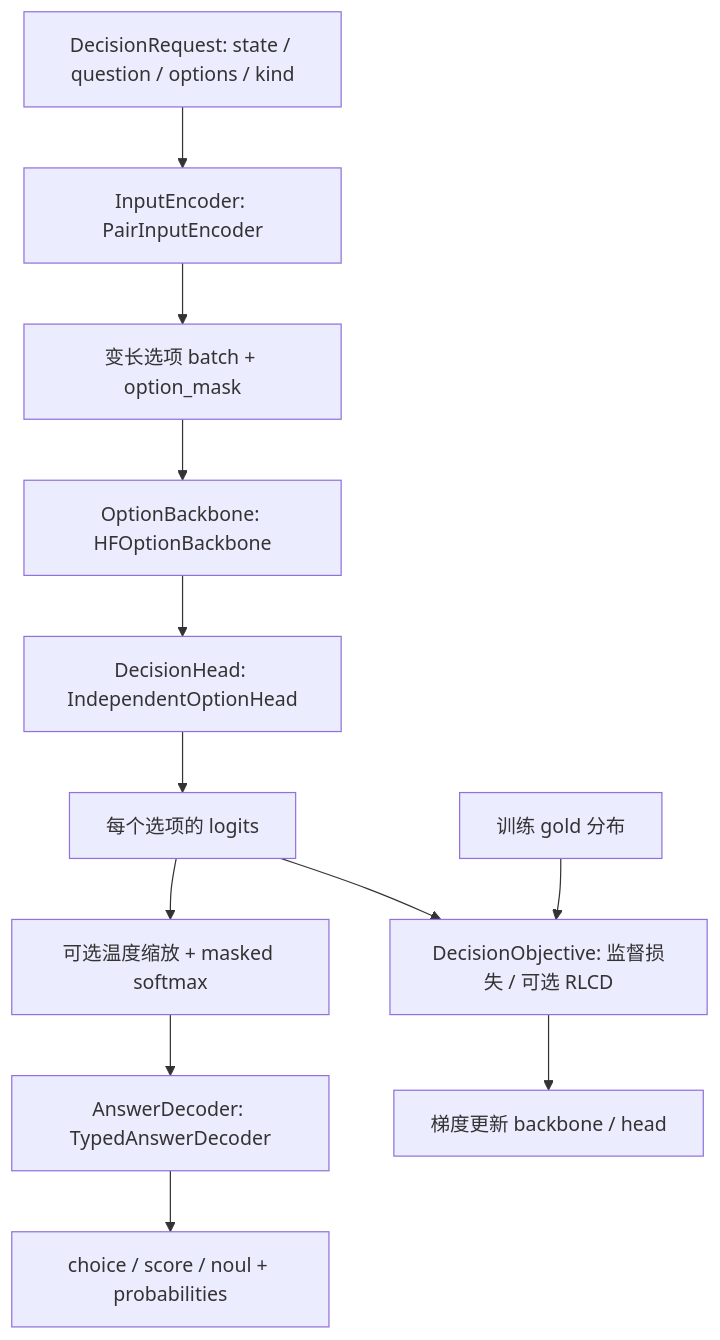
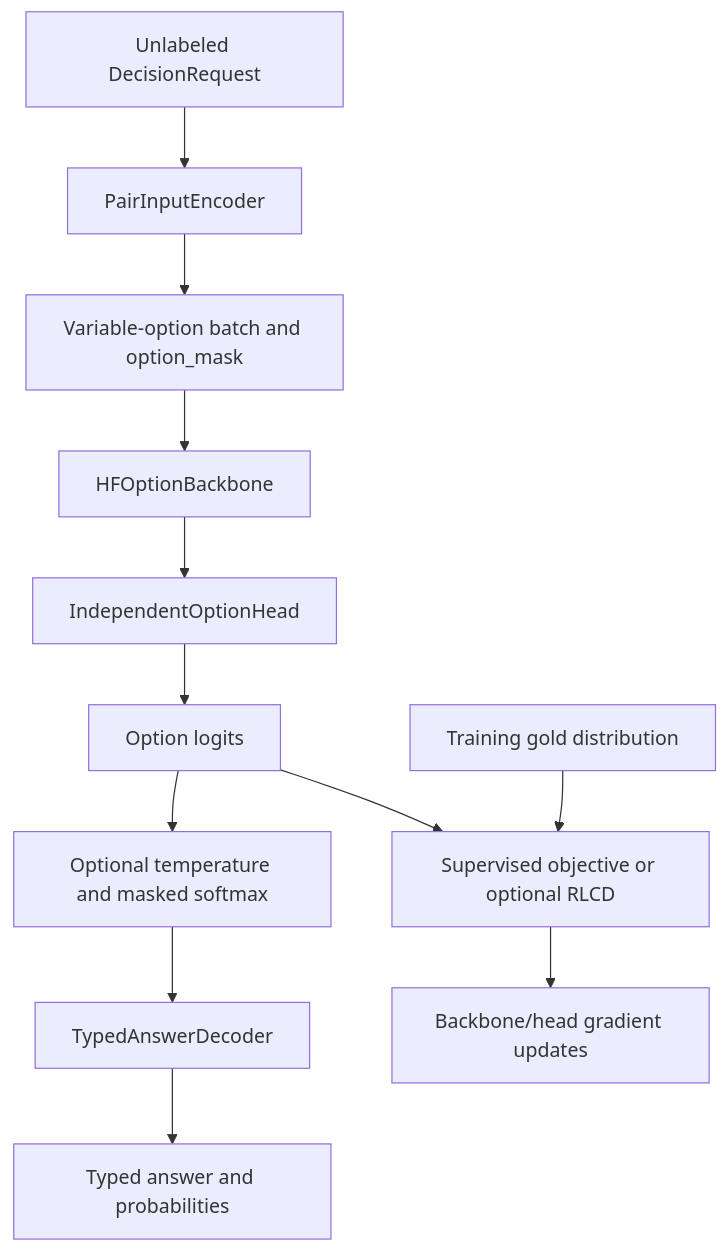
Before and after one commit to advai-x/advai-notebooks: the second of 2 diagrams in docs/architecture.md, drawn with Mermaid. The commit also changed other lines of this file and 41 other files, not shown here.

````diff
--- a/docs/architecture.md
+++ b/docs/architecture.md
@@ -447,14 +291,14 @@
 ```mermaid
 flowchart TD
-    REQ[DecisionRequest: state / question / options / kind] --> ENC[InputEncoder: PairInputEncoder]
-    ENC --> BATCH[变长选项 batch + option_mask]
-    BATCH --> BB[OptionBackbone: HFOptionBackbone]
-    BB --> HEAD[DecisionHead: IndependentOptionHead]
-    HEAD --> LOGITS[每个选项的 logits]
-    LOGITS --> CAL[可选温度缩放 + masked softmax]
-    CAL --> DEC[AnswerDecoder: TypedAnswerDecoder]
-    DEC --> ANS[choice / score / noul + probabilities]
-    LOGITS --> LOSS[DecisionObjective: 监督损失 / 可选 RLCD]
-    GOLD[训练 gold 分布] --> LOSS
-    LOSS --> UPDATE[梯度更新 backbone / head]
+    REQ[Unlabeled DecisionRequest] --> ENC[PairInputEncoder]
+    ENC --> BATCH[Variable-option batch and option_mask]
+    BATCH --> BB[HFOptionBackbone]
+    BB --> HEAD[IndependentOptionHead]
+    HEAD --> LOGITS[Option logits]
+    LOGITS --> CAL[Optional temperature and masked softmax]
+    CAL --> DEC[TypedAnswerDecoder]
+    DEC --> ANS[Typed answer and probabilities]
+    LOGITS --> LOSS[Supervised objective or optional RLCD]
+    GOLD[Training gold distribution] --> LOSS
+    LOSS --> UPDATE[Backbone/head gradient updates]
 ```
````
